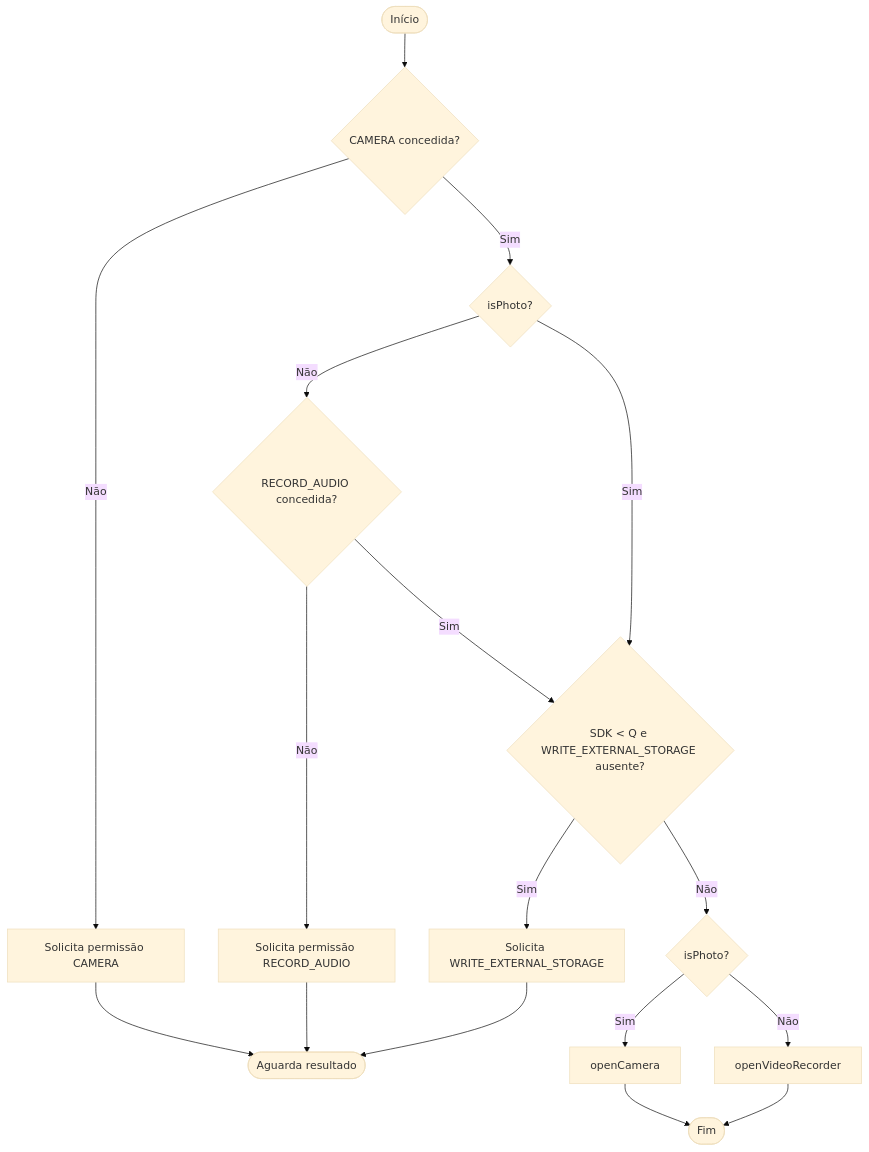
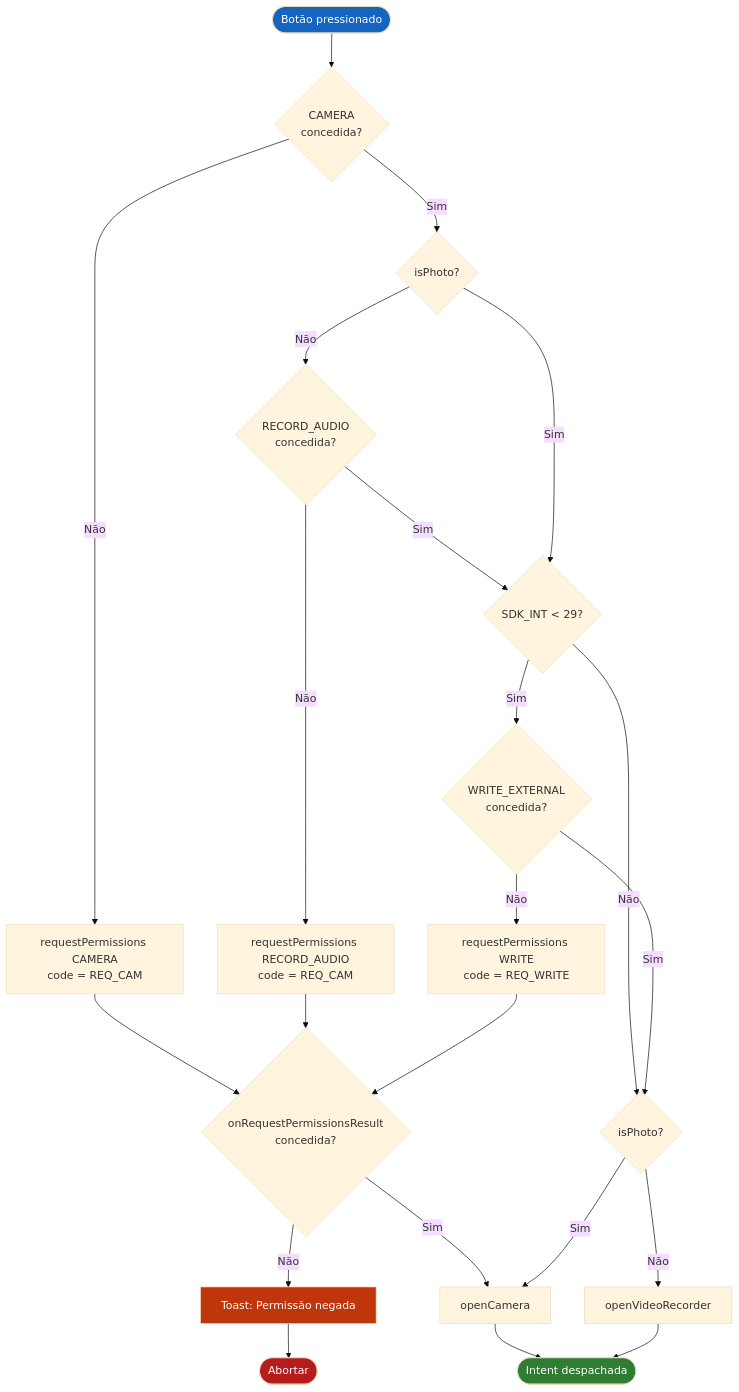
The sixth of 9 diagrams in README_PT.md (VictorHJesusSantiago/AppCamera), drawn with Mermaid (base theme) before and after one commit. The commit also changed other lines of this file and 2 other files, not shown here.

Commit message:
Refactor code structure for improved readability and maintainability

````diff
--- a/README_PT.md
+++ b/README_PT.md
@@ -655,19 +831,29 @@
 ```mermaid
 flowchart TD
-    Start([Início]) --> A{CAMERA concedida?}
-    A -- Não --> ReqCam[Solicita permissão CAMERA]
-    ReqCam --> End1([Aguarda resultado])
-    A -- Sim --> B{isPhoto?}
-    B -- Não --> C{RECORD_AUDIO concedida?}
-    C -- Não --> ReqAudio[Solicita permissão RECORD_AUDIO]
-    ReqAudio --> End1
-    C -- Sim --> D
-    B -- Sim --> D{SDK < Q e WRITE_EXTERNAL_STORAGE ausente?}
-    D -- Sim --> ReqWrite[Solicita WRITE_EXTERNAL_STORAGE]
-    ReqWrite --> End1
-    D -- Não --> E{isPhoto?}
-    E -- Sim --> F[openCamera]
-    E -- Não --> G[openVideoRecorder]
-    F --> End2([Fim])
-    G --> End2
+    START([Botão pressionado]) --> CAM{CAMERA<br/>concedida?}
+    CAM -- Não --> REQCAM[requestPermissions CAMERA<br/>code = REQ_CAM]
+    REQCAM --> CB{onRequestPermissionsResult<br/>concedida?}
+    CB -- Não --> TOAST[Toast: Permissão negada]
+    TOAST --> END([Abortar])
+    CB -- Sim --> OPEN
+    CAM -- Sim --> ISPHOTO{isPhoto?}
+    ISPHOTO -- Não --> AUD{RECORD_AUDIO<br/>concedida?}
+    AUD -- Não --> REQAUD[requestPermissions RECORD_AUDIO<br/>code = REQ_CAM]
+    REQAUD --> CB
+    AUD -- Sim --> SDK
+    ISPHOTO -- Sim --> SDK{SDK_INT < 29?}
+    SDK -- Não --> BRANCH
+    SDK -- Sim --> WRT{WRITE_EXTERNAL<br/>concedida?}
+    WRT -- Não --> REQWRT[requestPermissions WRITE<br/>code = REQ_WRITE]
+    REQWRT --> CB
+    WRT -- Sim --> BRANCH
+    BRANCH{isPhoto?} -- Sim --> OPEN[openCamera]
+    BRANCH -- Não --> OPENV[openVideoRecorder]
+    OPEN --> DONE([Intent despachada])
+    OPENV --> DONE
+
+    style START fill:#1565C0,color:#fff
+    style DONE fill:#2E7D32,color:#fff
+    style END fill:#B71C1C,color:#fff
+    style TOAST fill:#BF360C,color:#fff
 ```
````
